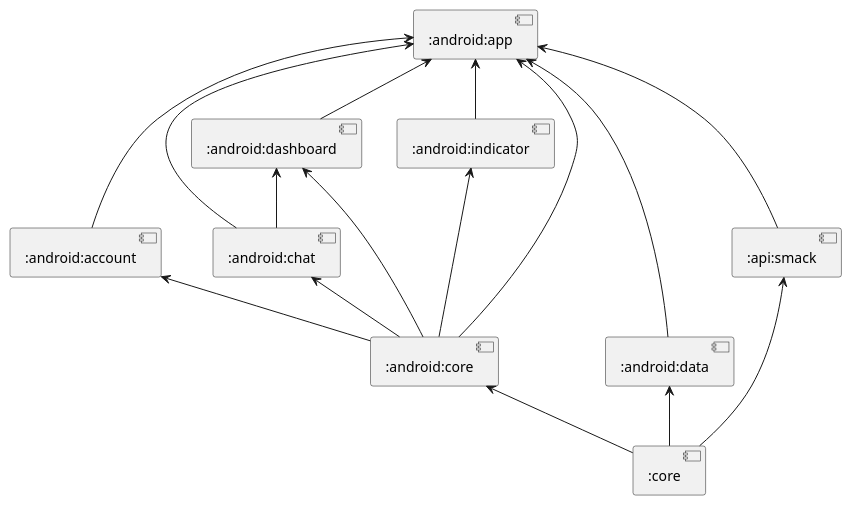
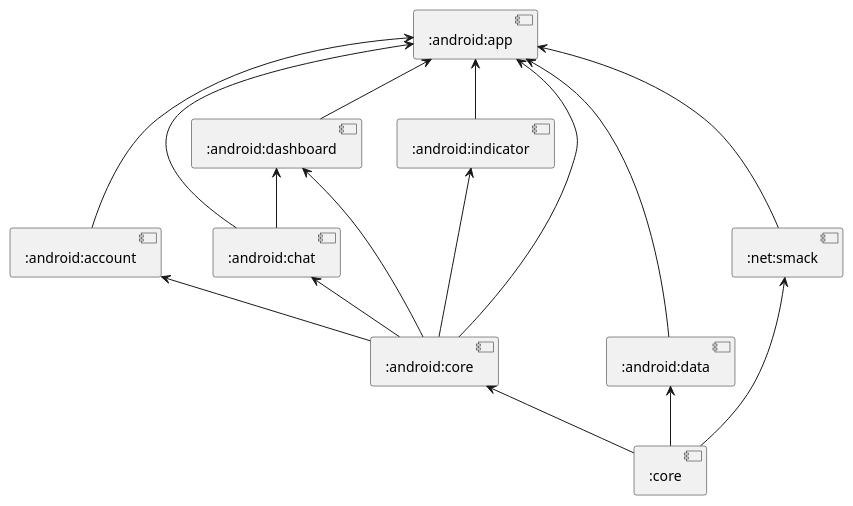
The diagram in android/components.puml (cryptopunkscc/crypton), drawn with PlantUML before and after one commit. The commit also changed 116 other files, not shown here.

Commit message:
Rename api to net

```diff
--- a/android/components.puml
+++ b/android/components.puml
@@ -1,31 +1,31 @@
 @startuml
 
 [:android:app]
 [:android:account]
 [:android:chat]
 [:android:dashboard]
 [:android:indicator]
 [:android:core]
 [:android:data]
-[:api:smack]
+[:net:smack]
 
 [:android:app] <-- [:android:core]
 [:android:account] <-- [:android:core]
 [:android:chat] <-- [:android:core]
 [:android:dashboard] <-- [:android:core]
 [:android:dashboard] <-- [:android:chat]
 [:android:indicator] <-- [:android:core]
 
 [:android:app] <-- [:android:account]
 [:android:app] <-- [:android:chat]
 [:android:app] <-- [:android:dashboard]
 [:android:app] <-- [:android:indicator]
 [:android:app] <-- [:android:data]
-[:android:app] <-- [:api:smack]
+[:android:app] <-- [:net:smack]
 
 [:android:core] <-- [:core]
 [:android:data] <-- [:core]
-[:api:smack] <-- [:core]
+[:net:smack] <-- [:core]
 
 
 @enduml
```
